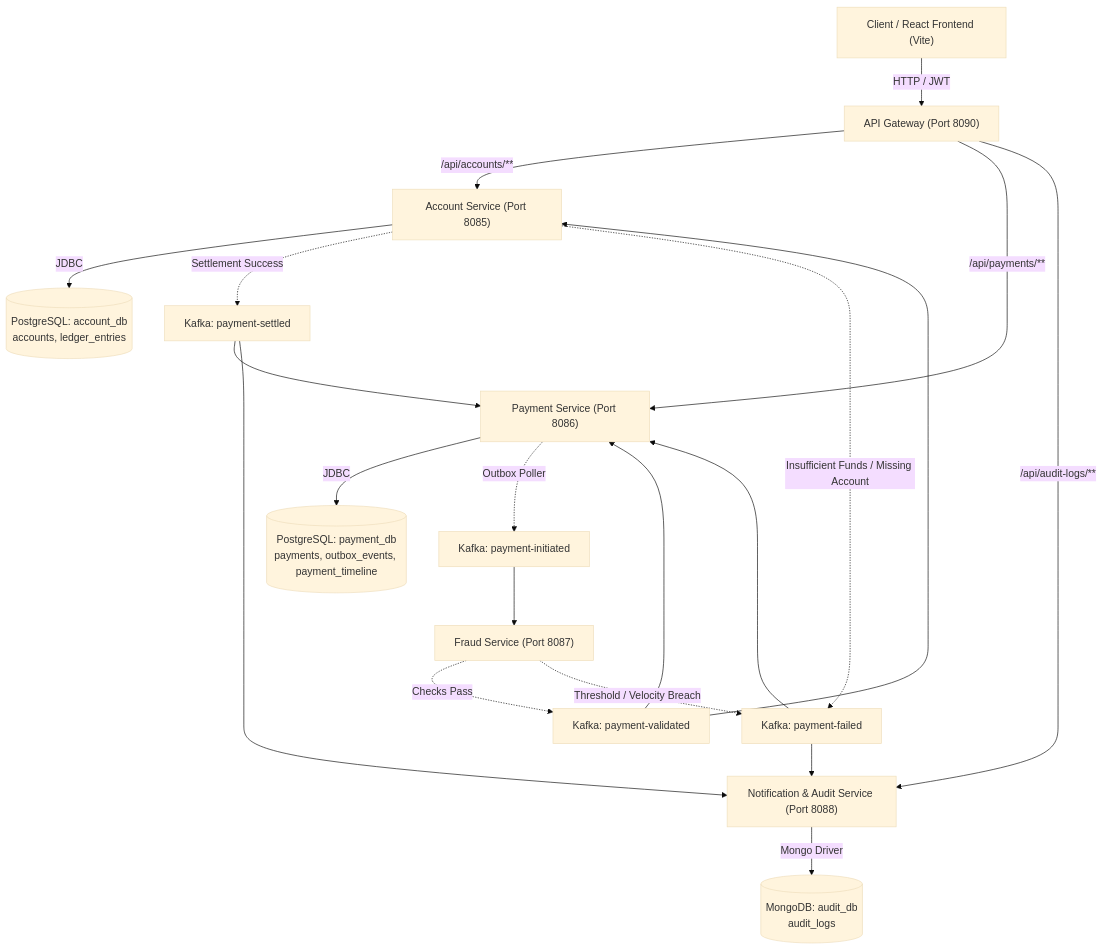
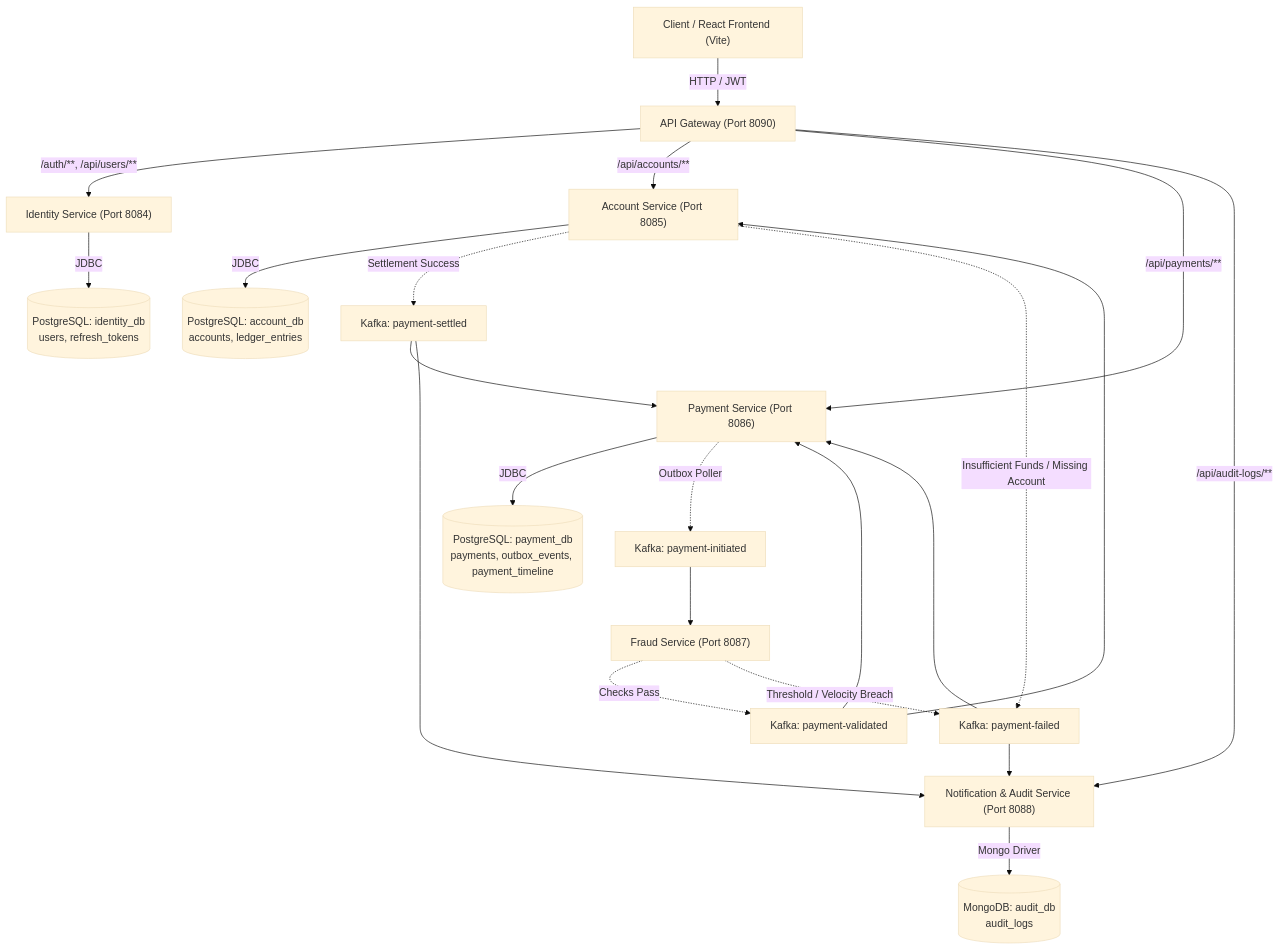
Before and after one commit to aryanpandeyce/payment-platform-java: the first of 2 diagrams in docs/SSD.md, drawn with Mermaid (base theme). The commit also changed other lines of this file and 83 other files, not shown here.

Commit message:
feat(identity): add identity-service, rbac, seed data and auth frontend

````diff
--- a/docs/SSD.md
+++ b/docs/SSD.md
@@ -338,28 +412,30 @@
 ```mermaid
 graph TD
     Client["Client / React Frontend (Vite)"] -->|HTTP / JWT| Gateway["API Gateway (Port 8090)"]
+    Gateway -->|/auth/**, /api/users/**| IdSvc["Identity Service (Port 8084)"]
     Gateway -->|/api/accounts/**| AccSvc["Account Service (Port 8085)"]
     Gateway -->|/api/payments/**| PaySvc["Payment Service (Port 8086)"]
     Gateway -->|/api/audit-logs/**| NotifSvc["Notification & Audit Service (Port 8088)"]
 
+    IdSvc -->|JDBC| IdDB[("PostgreSQL: identity_db<br/>users, refresh_tokens")]
     PaySvc -->|JDBC| PayDB[("PostgreSQL: payment_db<br/>payments, outbox_events, payment_timeline")]
     AccSvc -->|JDBC| AccDB[("PostgreSQL: account_db<br/>accounts, ledger_entries")]
     NotifSvc -->|Mongo Driver| AuditDB[("MongoDB: audit_db<br/>audit_logs")]
 
     PaySvc -.->|Outbox Poller| KafkaTopicInit["Kafka: payment-initiated"]
     KafkaTopicInit --> FraudSvc["Fraud Service (Port 8087)"]
 
     FraudSvc -.->|Checks Pass| KafkaTopicVal["Kafka: payment-validated"]
     FraudSvc -.->|Threshold / Velocity Breach| KafkaTopicFail["Kafka: payment-failed"]
 
     KafkaTopicVal --> AccSvc
     KafkaTopicVal --> PaySvc
 
     AccSvc -.->|Settlement Success| KafkaTopicSettled["Kafka: payment-settled"]
     AccSvc -.->|Insufficient Funds / Missing Account| KafkaTopicFail
 
     KafkaTopicSettled --> PaySvc
     KafkaTopicSettled --> NotifSvc
     KafkaTopicFail --> PaySvc
     KafkaTopicFail --> NotifSvc
 ```
````
